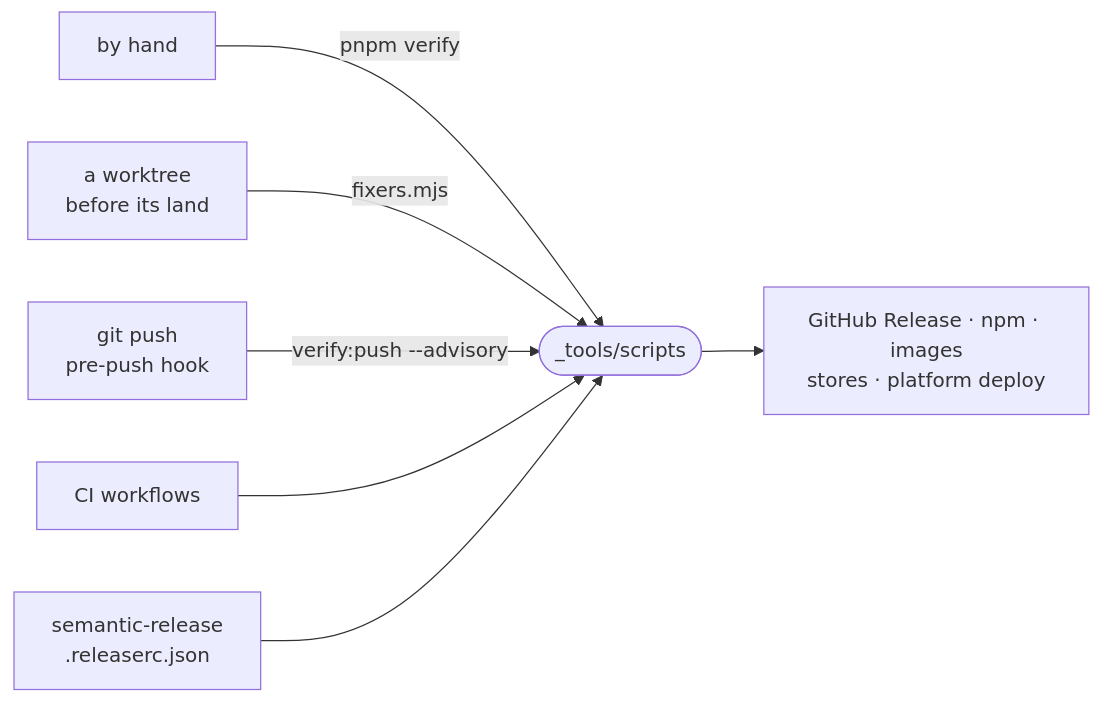
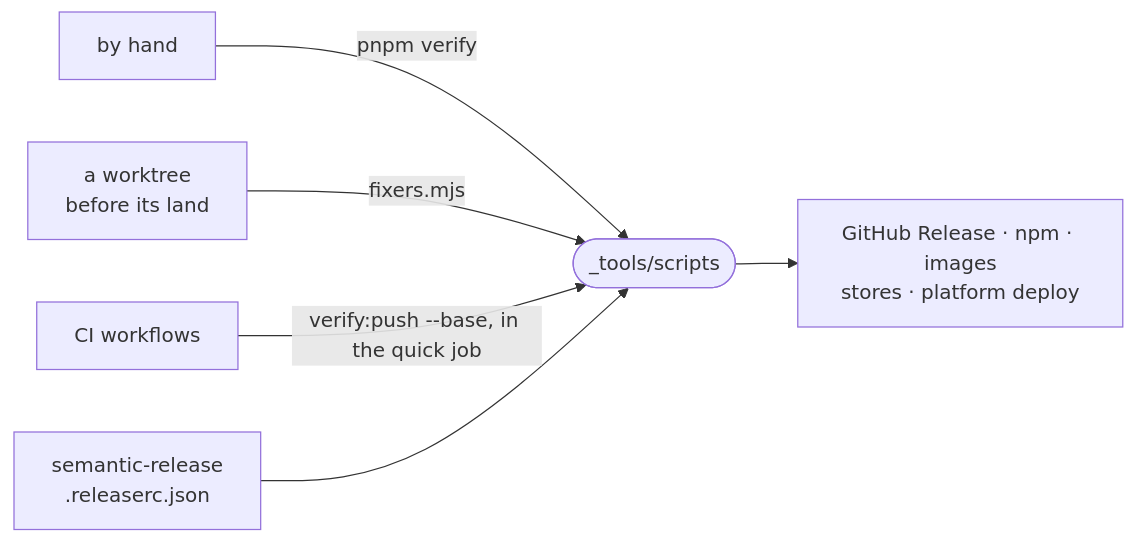
Before and after one commit to intentic/intentic: the diagram in _tools/scripts/README.md, drawn with Mermaid. The commit also changed other lines of this file and 136 other files, not shown here.

First line of the commit message:
feat(workspace)!: drop push-checks, pre-push hook and FindingSchema

````diff
--- a/_tools/scripts/README.md
+++ b/_tools/scripts/README.md
@@ -5,9 +5,8 @@
 ```mermaid
 flowchart LR
     hand["by hand"] -->|"pnpm verify"| scripts(["_tools/scripts"])
     worktree["a worktree<br/>before its land"] -->|"fixers.mjs"| scripts
-    push["git push<br/>pre-push hook"] -->|"verify:push --advisory"| scripts
-    ci["CI workflows"] --> scripts
+    ci["CI workflows"] -->|"verify:push --base, in the quick job"| scripts
     semrel["semantic-release<br/>.releaserc.json"] --> scripts
     scripts --> out["GitHub Release · npm · images<br/>stores · platform deploy"]
 ```
````
